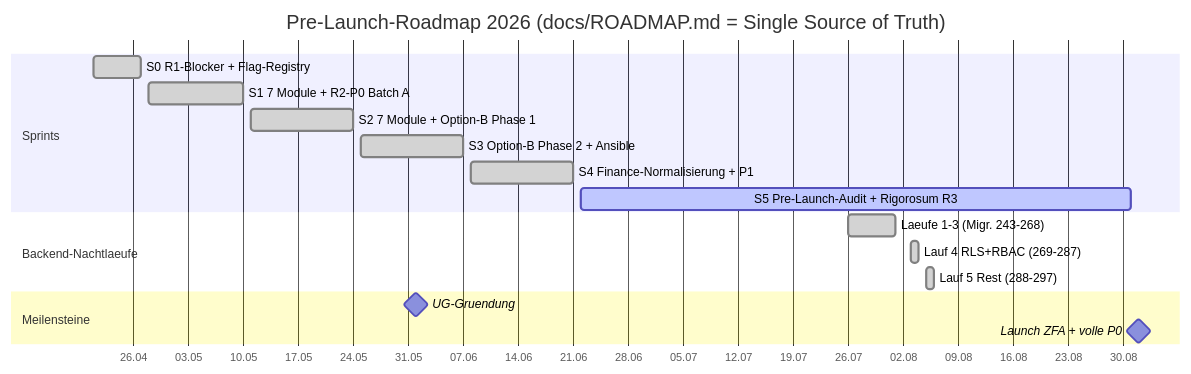
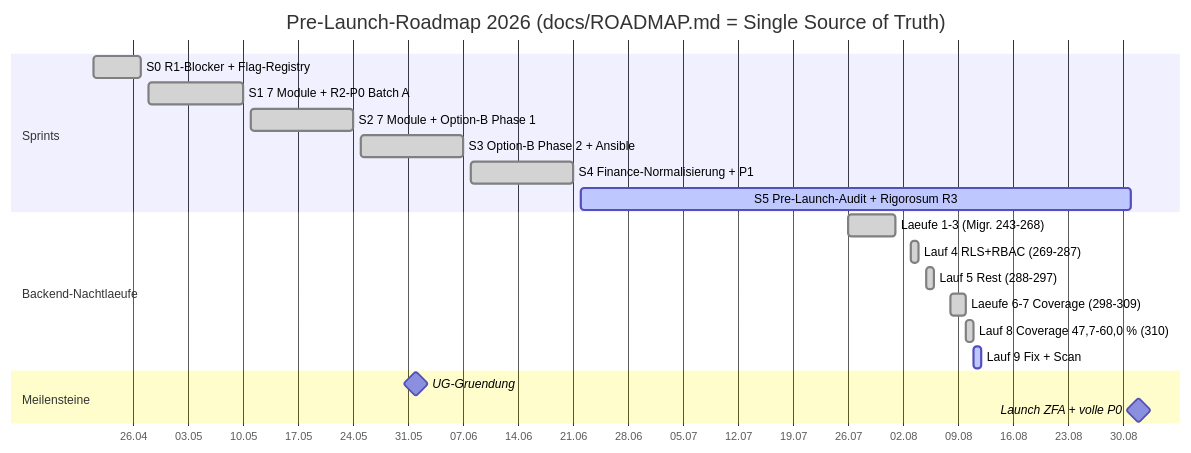
One commit to Lukes-Git-Beginning/KMU-Hub changed the second of 3 diagrams in .planning/status-overview.md. Above: the diagram before and after it, drawn with Mermaid. The commit also changed other lines of this file and 1 other file, not shown here.

````diff
--- a/.planning/status-overview.md
+++ b/.planning/status-overview.md
@@ -93,20 +124,23 @@
 ```mermaid
 gantt
     title Pre-Launch-Roadmap 2026 (docs/ROADMAP.md = Single Source of Truth)
     dateFormat YYYY-MM-DD
     axisFormat %d.%m
     section Sprints
     S0 R1-Blocker + Flag-Registry     :done,   s0, 2026-04-21, 2026-04-27
     S1 7 Module + R2-P0 Batch A       :done,   s1, 2026-04-28, 2026-05-10
     S2 7 Module + Option-B Phase 1    :done,   s2, 2026-05-11, 2026-05-24
     S3 Option-B Phase 2 + Ansible     :done,   s3, 2026-05-25, 2026-06-07
     S4 Finance-Normalisierung + P1    :done,   s4, 2026-06-08, 2026-06-21
     S5 Pre-Launch-Audit + Rigorosum R3 :active, s5, 2026-06-22, 2026-08-31
     section Backend-Nachtlaeufe
     Laeufe 1-3 (Migr. 243-268)        :done,   n1, 2026-07-26, 2026-08-01
     Lauf 4 RLS+RBAC (269-287)         :done,   n4, 2026-08-03, 1d
     Lauf 5 Rest (288-297)             :done,   n5, 2026-08-05, 2026-08-06
+    Laeufe 6-7 Coverage (298-309)     :done,   n6, 2026-08-08, 2026-08-10
+    Lauf 8 Coverage 47,7-60,0 % (310) :done,   n8, 2026-08-10, 2026-08-11
+    Lauf 9 Fix + Scan                 :active, n9, 2026-08-11, 1d
     section Meilensteine
     UG-Gruendung          :milestone, m1, 2026-06-01, 0d
     Launch ZFA + volle P0 :milestone, m2, 2026-09-01, 0d
 ```
````
